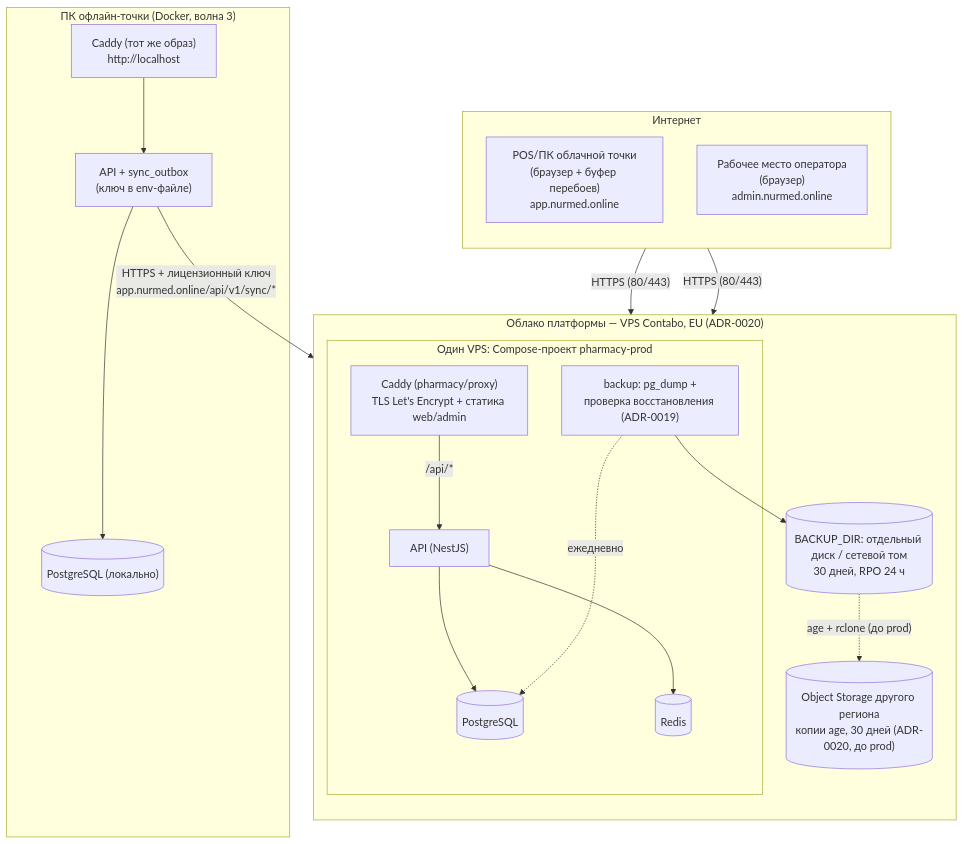
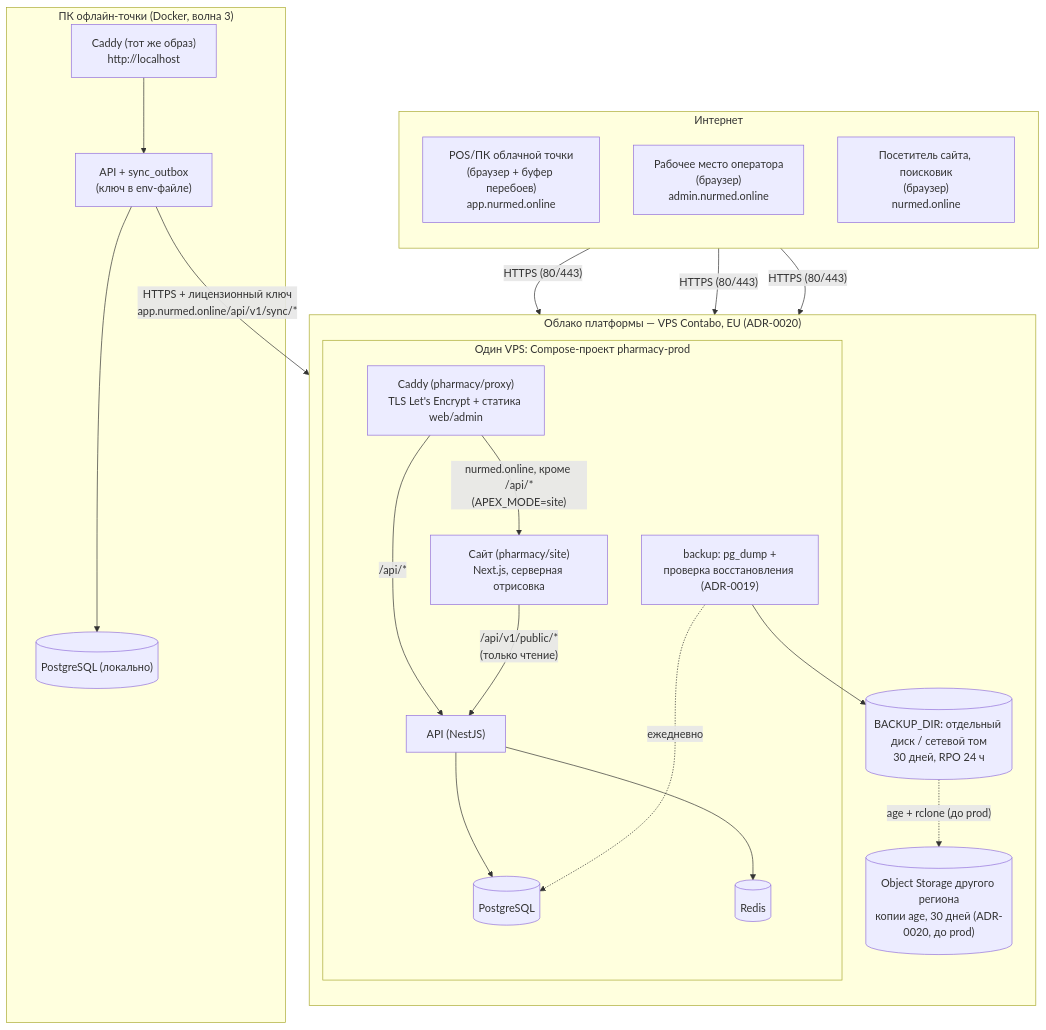
One commit to zohidweb/pharmacy changed the diagram in docs/architecture/c4/deployment.md. Above: the diagram before and after it, drawn with Mermaid. The commit also changed other lines of this file and 17 other files, not shown here.

First line of the commit message:
docs: public site app, apex route and launch checklist; admin: open an article on the site

````diff
--- a/docs/architecture/c4/deployment.md
+++ b/docs/architecture/c4/deployment.md
@@ -48,38 +49,43 @@
 ```mermaid
 flowchart TB
   subgraph internet["Интернет"]
     direction TB
     pos["POS/ПК облачной точки<br/>(браузер + буфер перебоев)<br/>app.nurmed.online"]
     opws["Рабочее место оператора<br/>(браузер)<br/>admin.nurmed.online"]
+    visitor["Посетитель сайта, поисковик<br/>(браузер)<br/>nurmed.online"]
   end
 
   subgraph cloudEnv["Облако платформы — VPS Contabo, EU (ADR-0020)"]
     direction TB
     subgraph vmApp["Один VPS: Compose-проект pharmacy-prod"]
       proxy["Caddy (pharmacy/proxy)<br/>TLS Let's Encrypt + статика web/admin"]
       api["API (NestJS)"]
+      site["Сайт (pharmacy/site)<br/>Next.js, серверная отрисовка"]
       pg[("PostgreSQL")]
       rd[("Redis")]
       bk["backup: pg_dump +<br/>проверка восстановления (ADR-0019)"]
     end
     backups[("BACKUP_DIR: отдельный диск / сетевой том<br/>30 дней, RPO 24 ч")]
     offsite[("Object Storage другого региона<br/>копии age, 30 дней (ADR-0020, до prod)")]
   end
 
   subgraph pointPc["ПК офлайн-точки (Docker, волна 3)"]
     lproxy["Caddy (тот же образ)<br/>http://localhost"]
     lapi["API + sync_outbox<br/>(ключ в env-файле)"]
     lpg[("PostgreSQL (локально)")]
   end
 
   pos -- "HTTPS (80/443)" --> proxy
   opws -- "HTTPS (80/443)" --> proxy
+  visitor -- "HTTPS (80/443)" --> proxy
   proxy -- "/api/*" --> api
+  proxy -- "nurmed.online, кроме /api/*<br/>(APEX_MODE=site)" --> site
+  site -- "/api/v1/public/*<br/>(только чтение)" --> api
   api --> pg
   api --> rd
   bk -. ежедневно .-> pg
   bk --> backups
   backups -. "age + rclone (до prod)" .-> offsite
   lproxy --> lapi --> lpg
   lapi -- "HTTPS + лицензионный ключ<br/>app.nurmed.online/api/v1/sync/*" --> proxy
 ```
````
